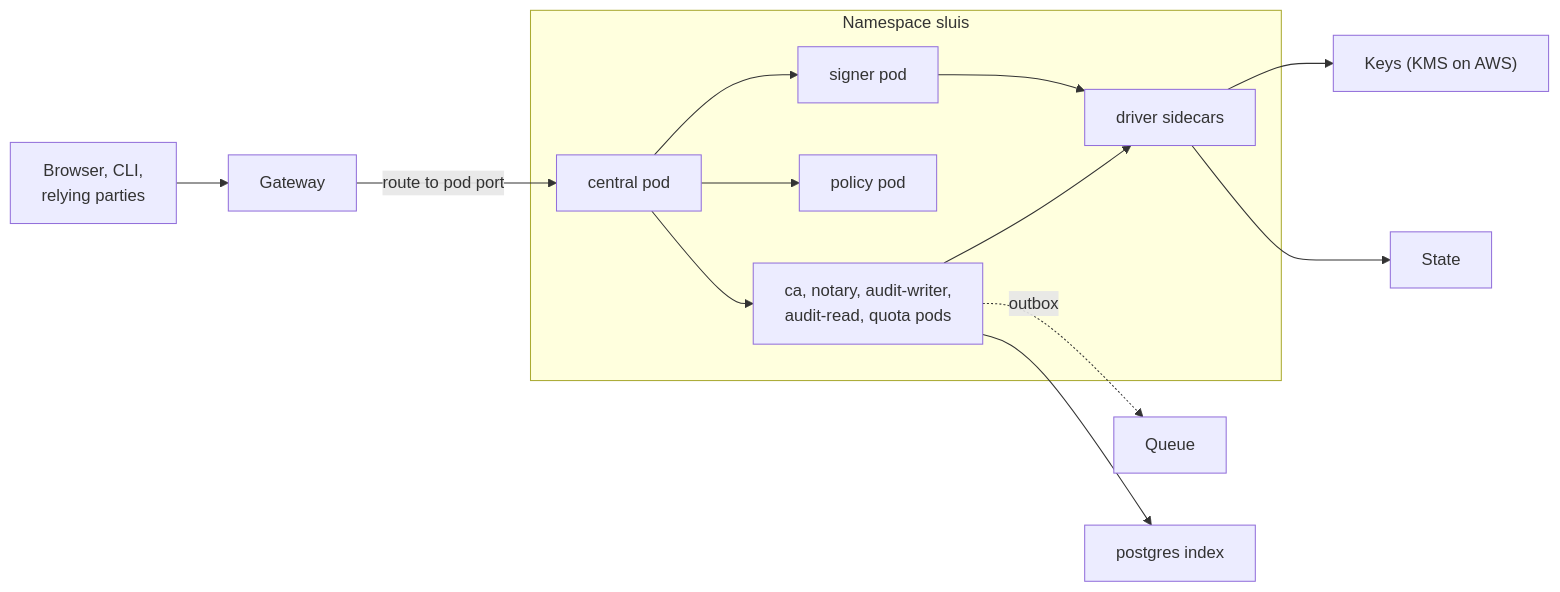
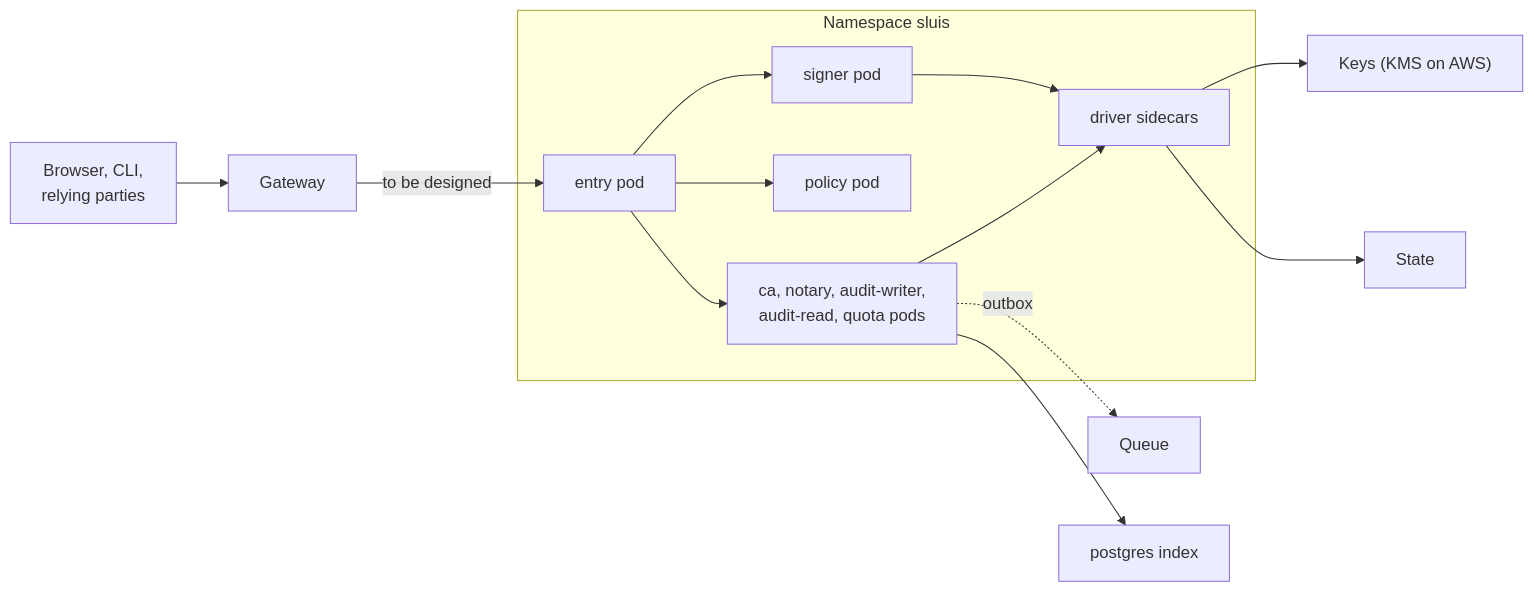
One commit to truvity/sluis changed the diagram in docs/shapes/kubernetes.md. Above: the diagram before and after it, drawn with Mermaid. The commit also changed other lines of this file and 26 other files, not shown here.

````diff
--- a/docs/shapes/kubernetes.md
+++ b/docs/shapes/kubernetes.md
@@ -17,21 +13,21 @@
 ```mermaid
 flowchart LR
   user["Browser, CLI,<br/>relying parties"] --> gw["Gateway"]
-  gw -- "route to pod port" --> central
+  gw -- "to be designed" --> entry
   subgraph ns["Namespace sluis"]
-    central["central pod"]
+    entry["entry pod"]
     signer["signer pod"]
     policy["policy pod"]
     others["ca, notary, audit-writer,<br/>audit-read, quota pods"]
     drv["driver sidecars"]
-    central --> signer
-    central --> policy
-    central --> others
+    entry --> signer
+    entry --> policy
+    entry --> others
     signer --> drv
     others --> drv
   end
   drv --> keys["Keys (KMS on AWS)"]
   drv --> state["State"]
   others -. "outbox" .-> q["Queue"]
   others --> idx["postgres index"]
 ```
````
